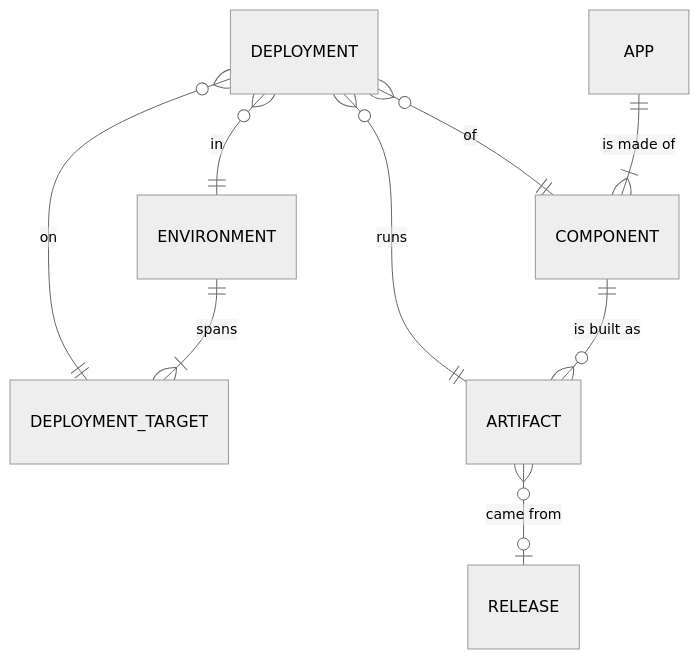
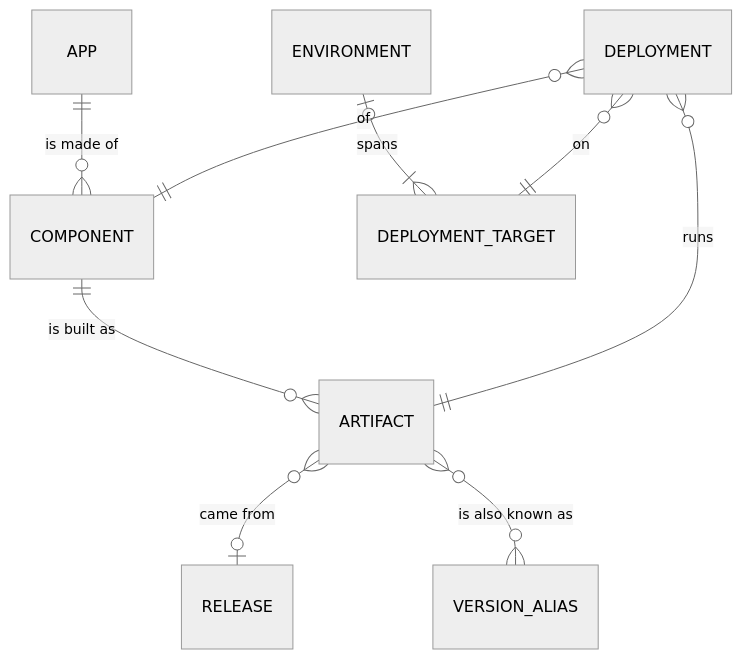
Before and after one commit to lislon/env-hopper: the diagram in CONTEXT.md, drawn with Mermaid (neutral theme). The commit also changed other lines of this file and 1 other file, not shown here.

First line of the commit message:
docs: versions, aliases and per-Target Deployments in the glossary (#408)

````diff
--- a/CONTEXT.md
+++ b/CONTEXT.md
@@ -41,11 +49,11 @@
 ```mermaid
 erDiagram
-  APP ||--|{ COMPONENT : "is made of"
-  ENVIRONMENT ||--|{ DEPLOYMENT_TARGET : "spans"
+  APP ||--o{ COMPONENT : "is made of"
+  ENVIRONMENT |o--|{ DEPLOYMENT_TARGET : "spans"
   COMPONENT ||--o{ ARTIFACT : "is built as"
   ARTIFACT }o--o| RELEASE : "came from"
+  ARTIFACT }o--o{ VERSION_ALIAS : "is also known as"
   DEPLOYMENT }o--|| COMPONENT : "of"
-  DEPLOYMENT }o--|| ENVIRONMENT : "in"
   DEPLOYMENT }o--|| DEPLOYMENT_TARGET : "on"
   DEPLOYMENT }o--|| ARTIFACT : "runs"
 ```
````
